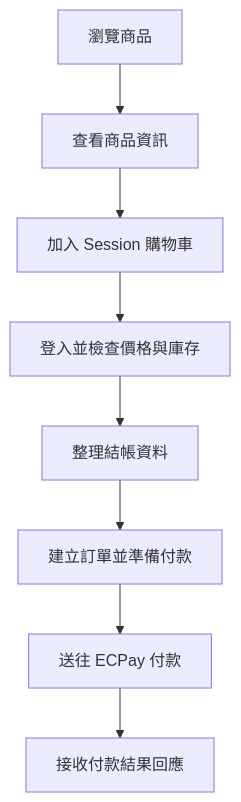
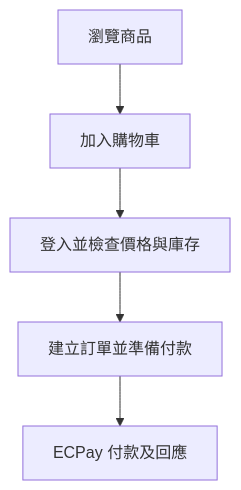
Before and after one commit to highhao/flask-ecommerce: the diagram in README.md, drawn with Mermaid. The commit also changed other lines of this file, not shown here.

````diff
--- a/README.md
+++ b/README.md
@@ -7,10 +5,7 @@
 ```mermaid
 flowchart TB
-    A[瀏覽商品] --> B[查看商品資訊]
-    B --> C[加入 Session 購物車]
-    C --> D[登入並檢查價格與庫存]
-    D --> E[整理結帳資料]
-    E --> F[建立訂單並準備付款]
-    F --> G[送往 ECPay 付款]
-    G --> H[接收付款結果回應]
+    A[瀏覽商品] --> B[加入購物車]
+    B --> C[登入並檢查價格與庫存]
+    C --> D[建立訂單並準備付款]
+    D --> E[ECPay 付款及回應]
 ```
````
